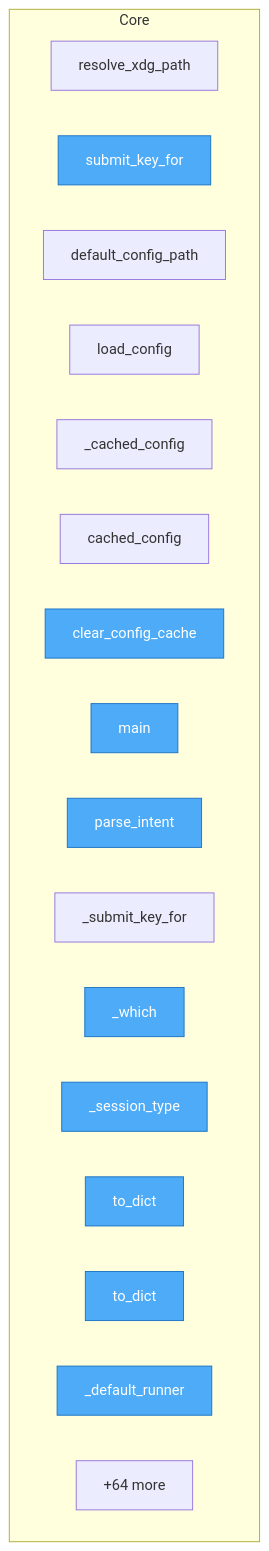
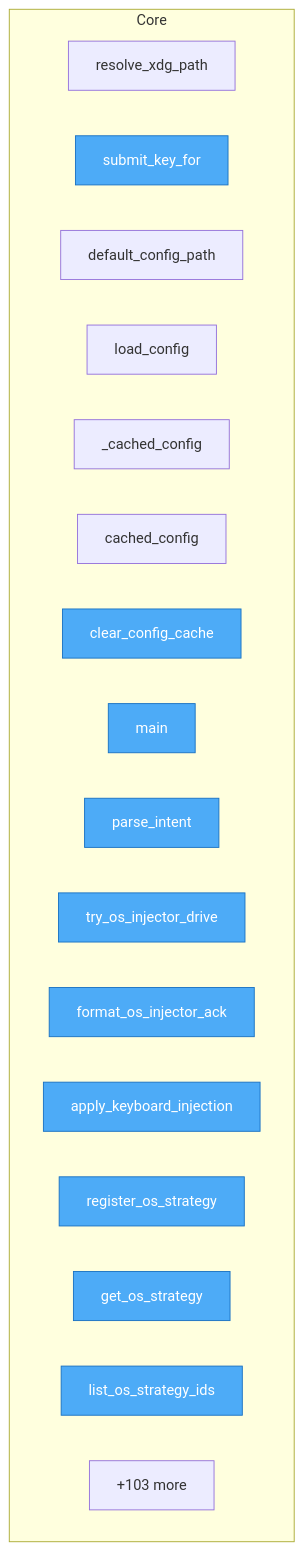
Before and after one commit to semcod/gillm: the diagram in project/flow.mmd, drawn with Mermaid. The commit also changed 50 other files, not shown here.

```diff
--- a/project/flow.mmd
+++ b/project/flow.mmd
@@ -1,26 +1,26 @@
 flowchart TD
-%% generated in 0.02s
+%% generated in 0.00s
 
     %% Entry points (blue)
     classDef entry fill:#4dabf7,stroke:#1971c2,color:#fff
 
     subgraph Core
         src__gillm__config__resolve_xdg_path["resolve_xdg_path"]
         src__gillm__config__AutopilotConfig__submit_key_for["submit_key_for"]
         src__gillm__config__default_config_path["default_config_path"]
         src__gillm__config__load_config["load_config"]
         src__gillm__config___cached_config["_cached_config"]
         src__gillm__config__cached_config["cached_config"]
         src__gillm__config__clear_config_cache["clear_config_cache"]
         src__gillm__cli__main__main["main"]
         src__gillm__nlp_bridge__client__NLPBridgeClient__parse_intent["parse_intent"]
-        src__gillm__injection__injector___submit_key_for["_submit_key_for"]
-        src__gillm__injection__injector___which["_which"]
-        src__gillm__injection__injector___session_type["_session_type"]
-        src__gillm__injection__injector__BackendStatus__to_dict["to_dict"]
-        src__gillm__injection__injector__InjectionResult__to_dict["to_dict"]
-        src__gillm__injection__injector___default_runner["_default_runner"]
-        ...["+64 more"]
+        src__gillm__injection__drive_backend__try_os_injector_drive["try_os_injector_drive"]
+        src__gillm__injection__drive_backend__format_os_injector_ack["format_os_injector_ack"]
+        src__gillm__injection__drive_backend__apply_keyboard_injection["apply_keyboard_injection"]
+        src__gillm__focus__registry__register_os_strategy["register_os_strategy"]
+        src__gillm__focus__registry__get_os_strategy["get_os_strategy"]
+        src__gillm__focus__registry__list_os_strategy_ids["list_os_strategy_ids"]
+        ...["+103 more"]
     end
 
-    class src__gillm__config__AutopilotConfig__submit_key_for,src__gillm__config__clear_config_cache,src__gillm__cli__main__main,src__gillm__nlp_bridge__client__NLPBridgeClient__parse_intent,src__gillm__injection__injector___which,src__gillm__injection__injector___session_type,src__gillm__injection__injector__BackendStatus__to_dict,src__gillm__injection__injector__InjectionResult__to_dict,src__gillm__injection__injector___default_runner,src__gillm__injection__injector__Injector__probe entry
+    class src__gillm__config__AutopilotConfig__submit_key_for,src__gillm__config__clear_config_cache,src__gillm__cli__main__main,src__gillm__nlp_bridge__client__NLPBridgeClient__parse_intent,src__gillm__injection__drive_backend__try_os_injector_drive,src__gillm__injection__drive_backend__format_os_injector_ack,src__gillm__injection__drive_backend__apply_keyboard_injection,src__gillm__focus__registry__register_os_strategy,src__gillm__focus__registry__get_os_strategy,src__gillm__focus__registry__list_os_strategy_ids entry
```
